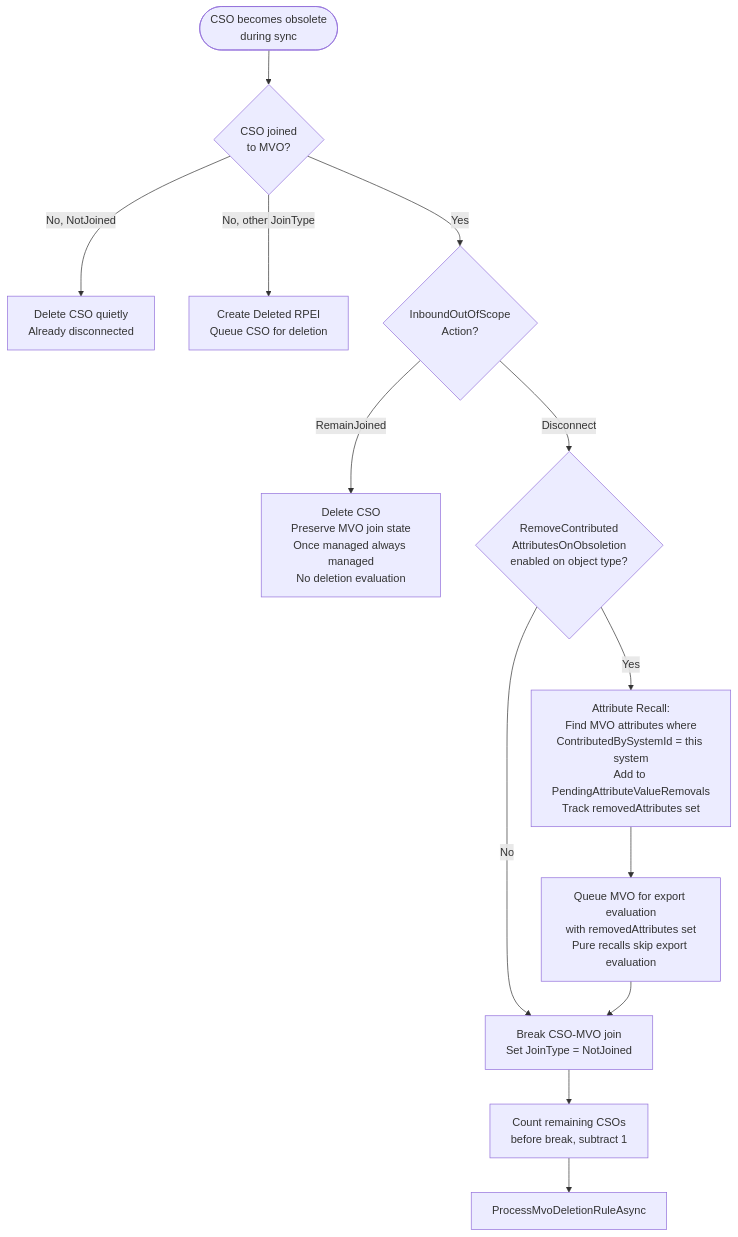
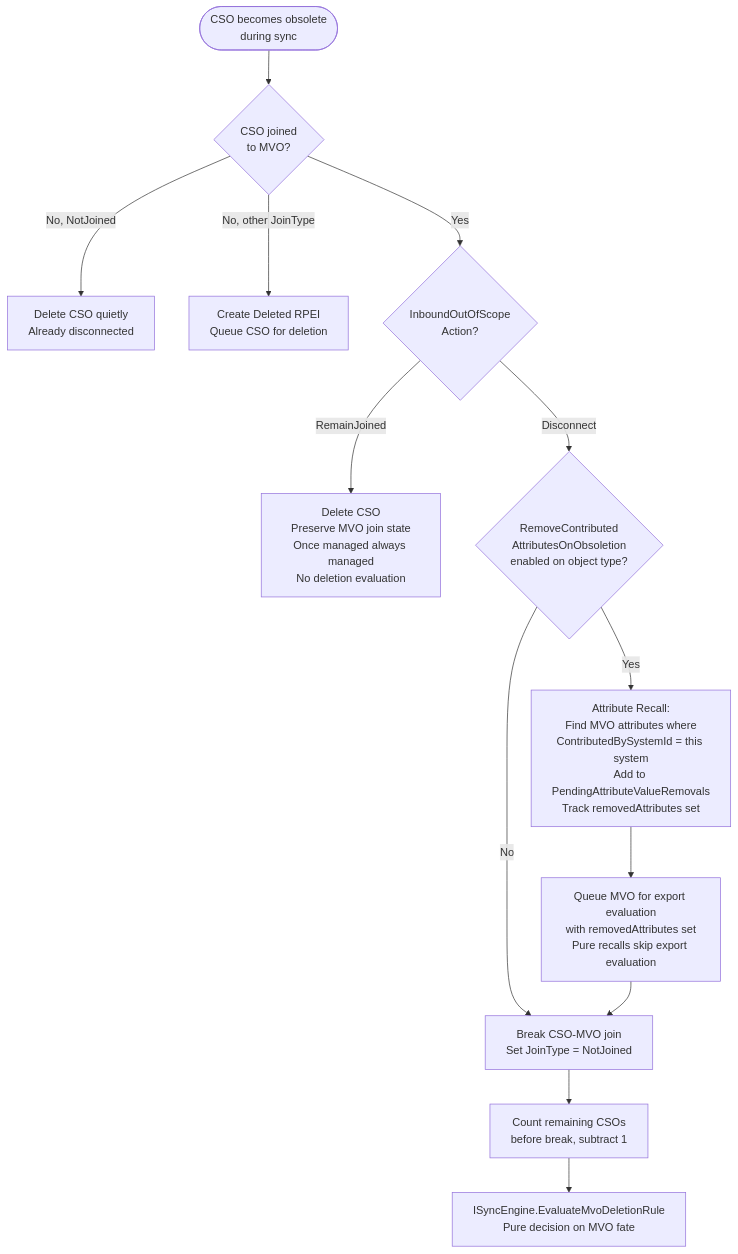
The first of 6 diagrams in docs/diagrams/mermaid/MVO_DELETION_AND_GRACE_PERIOD.md (TetronIO/JIM), drawn with Mermaid before and after one commit. The commit also changed other lines of this file and 40 other files, not shown here.

First line of the commit message:
docs: update C4 and Mermaid diagrams for v0.7.1 architecture

````diff
--- a/docs/diagrams/mermaid/MVO_DELETION_AND_GRACE_PERIOD.md
+++ b/docs/diagrams/mermaid/MVO_DELETION_AND_GRACE_PERIOD.md
@@ -17,20 +17,20 @@
 ```mermaid
 flowchart TD
     Start([CSO becomes obsolete<br/>during sync]) --> Joined{CSO joined<br/>to MVO?}
 
     Joined -->|No, NotJoined| QuietDelete[Delete CSO quietly<br/>Already disconnected]
     Joined -->|No, other JoinType| DeleteWithRPEI[Create Deleted RPEI<br/>Queue CSO for deletion]
 
     Joined -->|Yes| OosAction{InboundOutOfScope<br/>Action?}
 
     OosAction -->|RemainJoined| KeepJoin[Delete CSO<br/>Preserve MVO join state<br/>Once managed always managed<br/>No deletion evaluation]
 
     OosAction -->|Disconnect| RemoveAttrs{RemoveContributed<br/>AttributesOnObsoletion<br/>enabled on object type?}
     RemoveAttrs -->|Yes| RecallAttrs[Attribute Recall:<br/>Find MVO attributes where<br/>ContributedBySystemId = this system<br/>Add to PendingAttributeValueRemovals<br/>Track removedAttributes set]
     RemoveAttrs -->|No| BreakJoin
     RecallAttrs --> QueueRecall[Queue MVO for export evaluation<br/>with removedAttributes set<br/>Pure recalls skip export evaluation]
     QueueRecall --> BreakJoin[Break CSO-MVO join<br/>Set JoinType = NotJoined]
 
     BreakJoin --> CountRemaining[Count remaining CSOs<br/>before break, subtract 1]
-    CountRemaining --> EvalDeletion[ProcessMvoDeletionRuleAsync]
+    CountRemaining --> EvalDeletion[ISyncEngine.EvaluateMvoDeletionRule<br/>Pure decision on MVO fate]
 ```
````
